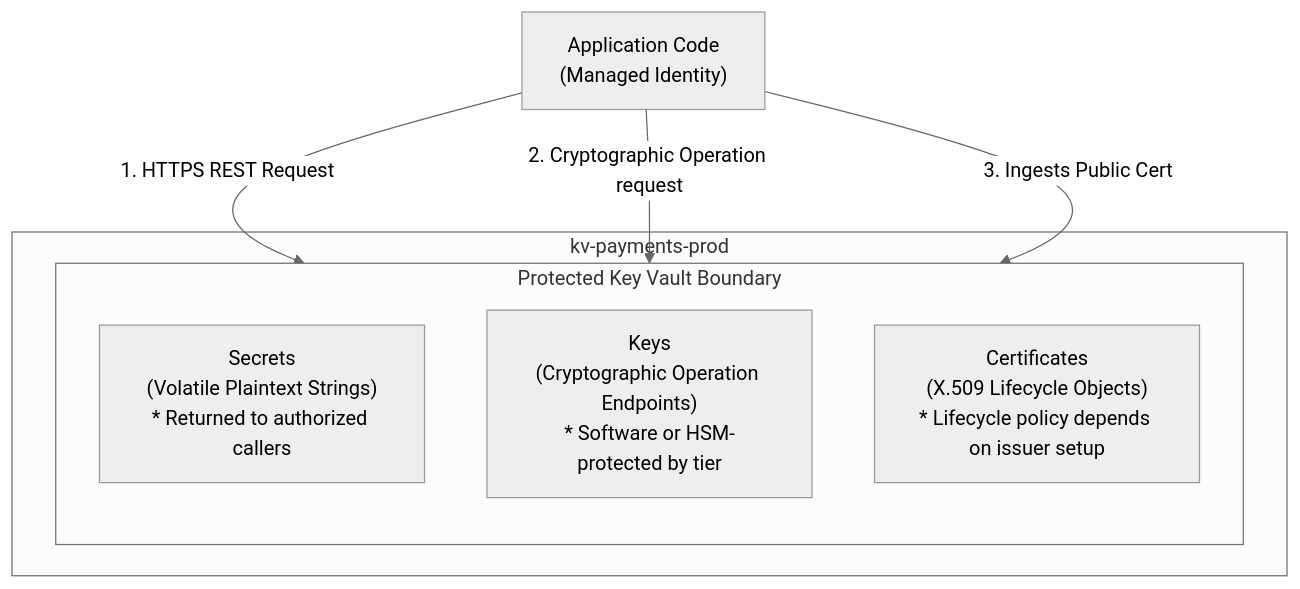
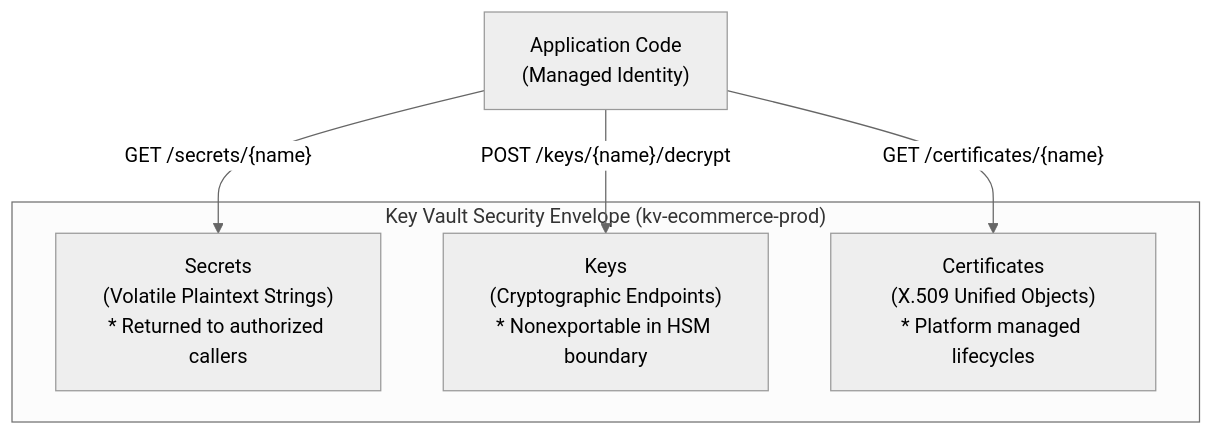
The diagram in cloud-providers/azure/identity-security/key-vault.md (senlinyy/dev-roadmaps), drawn with Mermaid (neutral theme) before and after one commit. The commit also changed other lines of this file and 343 other files, not shown here.

````diff
--- a/cloud-providers/azure/identity-security/key-vault.md
+++ b/cloud-providers/azure/identity-security/key-vault.md
@@ -35,15 +42,12 @@
 ```mermaid
 flowchart TD
-    subgraph Azure Key Vault Boundary [kv-payments-prod]
-        subgraph ProtectedStore [Protected Key Vault Boundary]
-            direction TB
-            Secret["Secrets<br/>(Volatile Plaintext Strings)<br/>* Returned to authorized callers"]
-            Key["Keys<br/>(Cryptographic Operation Endpoints)<br/>* Software or HSM-protected by tier"]
-            Cert["Certificates<br/>(X.509 Lifecycle Objects)<br/>* Lifecycle policy depends on issuer setup"]
-        end
+    subgraph VaultBoundary["Key Vault Security Envelope (kv-ecommerce-prod)"]
+        Secret["Secrets<br/>(Volatile Plaintext Strings)<br/>* Returned to authorized callers"]
+        Key["Keys<br/>(Cryptographic Endpoints)<br/>* Nonexportable in HSM boundary"]
+        Cert["Certificates<br/>(X.509 Unified Objects)<br/>* Platform managed lifecycles"]
     end
 
-    App["Application Code<br/>(Managed Identity)"] --> |1. HTTPS REST Request| Secret
-    App --> |2. Cryptographic Operation request| Key
-    App --> |3. Ingests Public Cert| Cert
+    App["Application Code<br/>(Managed Identity)"] -->|"GET /secrets/{name}"| Secret
+    App -->|"POST /keys/{name}/decrypt"| Key
+    App -->|"GET /certificates/{name}"| Cert
 ```
````
